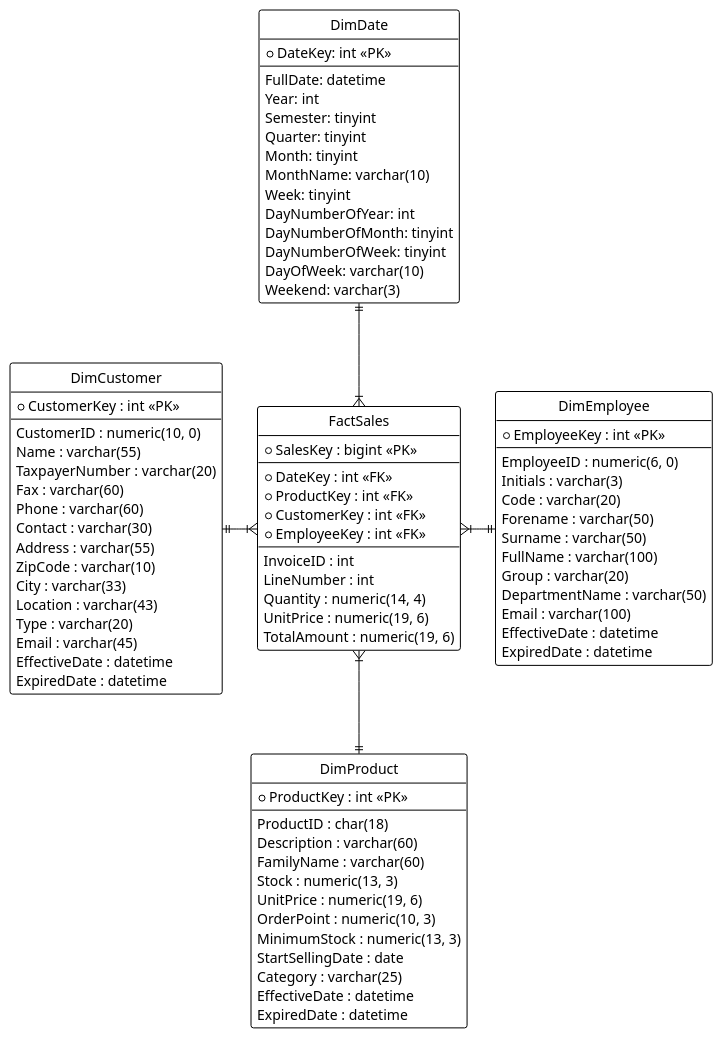
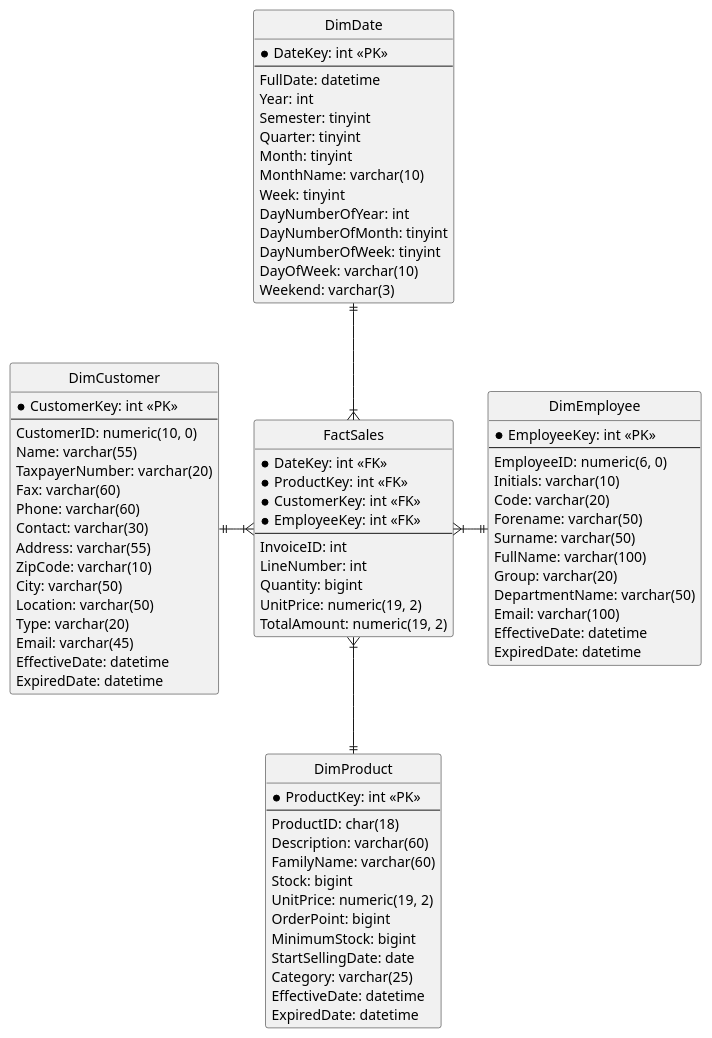
The diagram in assets/dimensions.puml (isneru/BDAMD_TP2_25_26), drawn with PlantUML before and after one commit. The commit also changed 11 other files, not shown here.

```diff
--- a/assets/dimensions.puml
+++ b/assets/dimensions.puml
@@ -1,93 +1,91 @@
 @startuml Dimensions
-!theme plain
+skinparam defaultFontName "Consolas"
 hide circle
 skinparam linetype ortho
 
 entity "FactSales" as fact {
-  *SalesKey : bigint <<PK>>
+  *DateKey: int <<FK>>
+  *ProductKey: int <<FK>>
+  *CustomerKey: int <<FK>>
+  *EmployeeKey: int <<FK>>
   --
-  *DateKey : int <<FK>>
-  *ProductKey : int <<FK>>
-  *CustomerKey : int <<FK>>
-  *EmployeeKey : int <<FK>>
-  --
-  InvoiceID : int
-  LineNumber : int
-  Quantity : numeric(14, 4)
-  UnitPrice : numeric(19, 6)
-  TotalAmount : numeric(19, 6)
+  InvoiceID: int
+  LineNumber: int
+  Quantity: bigint
+  UnitPrice: numeric(19, 2)
+  TotalAmount: numeric(19, 2)
 }
 
 entity "DimDate" as date {
   *DateKey: int <<PK>>
   --
   FullDate: datetime
   Year: int
   Semester: tinyint
   Quarter: tinyint
   Month: tinyint
   MonthName: varchar(10)
   Week: tinyint
   DayNumberOfYear: int
   DayNumberOfMonth: tinyint
   DayNumberOfWeek: tinyint
   DayOfWeek: varchar(10)
   Weekend: varchar(3)
 }
 
 entity "DimProduct" as prod {
-  *ProductKey : int <<PK>>
+  *ProductKey: int <<PK>>
   --
-  ProductID : char(18)
-  Description : varchar(60)
-  FamilyName : varchar(60)
-  Stock : numeric(13, 3)
-  UnitPrice : numeric(19, 6)
-  OrderPoint : numeric(10, 3)
-  MinimumStock : numeric(13, 3)
-  StartSellingDate : date
-  Category : varchar(25)
-  EffectiveDate : datetime
-  ExpiredDate : datetime
+  ProductID: char(18)
+  Description: varchar(60)
+  FamilyName: varchar(60)
+  Stock: bigint
+  UnitPrice: numeric(19, 2)
+  OrderPoint: bigint
+  MinimumStock: bigint
+  StartSellingDate: date
+  Category: varchar(25)
+  EffectiveDate: datetime
+  ExpiredDate: datetime
 }
 
 entity "DimCustomer" as cust {
-  *CustomerKey : int <<PK>>
+  *CustomerKey: int <<PK>>
   --
-  CustomerID : numeric(10, 0)
-  Name : varchar(55)
-  TaxpayerNumber : varchar(20)
-  Fax : varchar(60)
-  Phone : varchar(60)
-  Contact : varchar(30)
-  Address : varchar(55)
-  ZipCode : varchar(10)
-  City : varchar(33)
-  Location : varchar(43)
-  Type : varchar(20)
-  Email : varchar(45)
-  EffectiveDate : datetime
-  ExpiredDate : datetime
+  CustomerID: numeric(10, 0)
+  Name: varchar(55)
+  TaxpayerNumber: varchar(20)
+  Fax: varchar(60)
+  Phone: varchar(60)
+  Contact: varchar(30)
+  Address: varchar(55)
+  ZipCode: varchar(10)
+  City: varchar(50)
+  Location: varchar(50)
+  Type: varchar(20)
+  Email: varchar(45)
+  EffectiveDate: datetime
+  ExpiredDate: datetime
 }
 
 entity "DimEmployee" as emp {
-  *EmployeeKey : int <<PK>>
+  *EmployeeKey: int <<PK>>
   --
-  EmployeeID : numeric(6, 0)
-  Initials : varchar(3)
-  Code : varchar(20)
-  Forename : varchar(50)
-  Surname : varchar(50)
-  FullName : varchar(100)
-  Group : varchar(20)
-  DepartmentName : varchar(50)
-  Email : varchar(100)
-  EffectiveDate : datetime
-  ExpiredDate : datetime
+  EmployeeID: numeric(6, 0)
+  Initials: varchar(10)
+  Code: varchar(20)
+  Forename: varchar(50)
+  Surname: varchar(50)
+  FullName: varchar(100)
+  Group: varchar(20)
+  DepartmentName: varchar(50)
+  Email: varchar(100)
+  EffectiveDate: datetime
+  ExpiredDate: datetime
 }
 
 fact }|-up-|| date
 fact }|-down-|| prod
 fact }|-left-|| cust
 fact }|-right-|| emp
 @enduml
```
